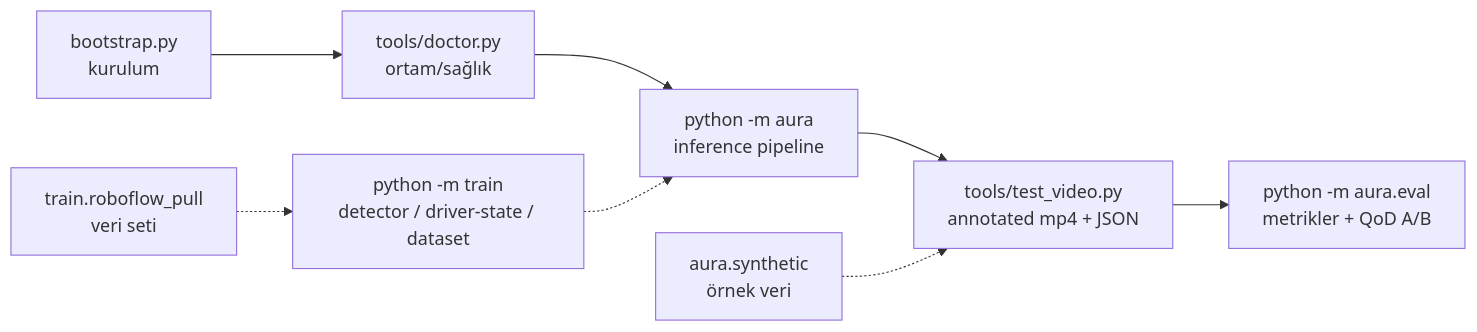
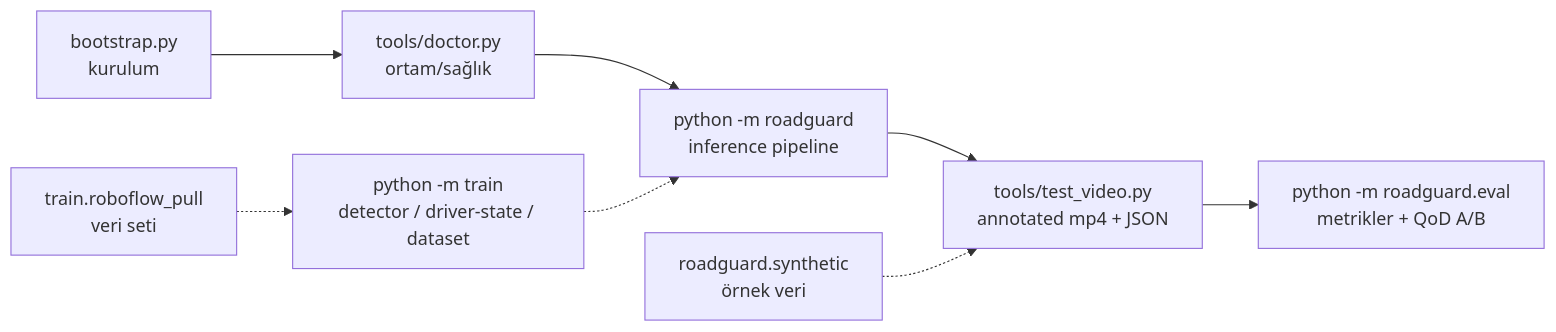
The first of 2 diagrams in docs/cli_referans.md (cleoanka/teknofest-prototip.v2), drawn with Mermaid before and after one commit. The commit also changed other lines of this file and 233 other files, not shown here.

First line of the commit message:
rebrand: tam iç rename — aura → roadguard (paket + env + sınıf + alan adları)

````diff
--- a/docs/cli_referans.md
+++ b/docs/cli_referans.md
@@ -42,10 +42,10 @@
 ```mermaid
 flowchart LR
     A["bootstrap.py<br/>kurulum"] --> B["tools/doctor.py<br/>ortam/sağlık"]
-    B --> C["python -m aura<br/>inference pipeline"]
+    B --> C["python -m roadguard<br/>inference pipeline"]
     C --> D["tools/test_video.py<br/>annotated mp4 + JSON"]
-    D --> E["python -m aura.eval<br/>metrikler + QoD A/B"]
+    D --> E["python -m roadguard.eval<br/>metrikler + QoD A/B"]
     F["python -m train<br/>detector / driver-state / dataset"] -.-> C
-    G["aura.synthetic<br/>örnek veri"] -.-> D
+    G["roadguard.synthetic<br/>örnek veri"] -.-> D
     H["train.roboflow_pull<br/>veri seti"] -.-> F
 ```
````
